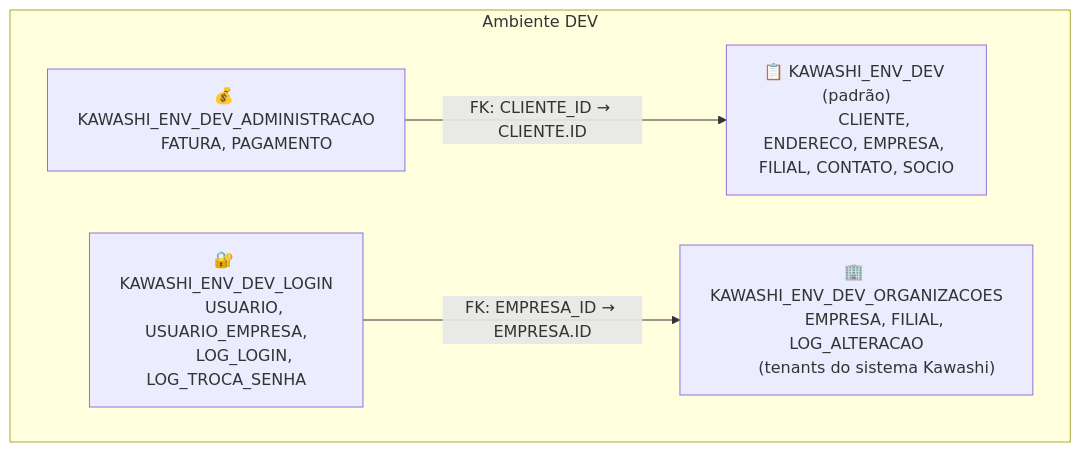
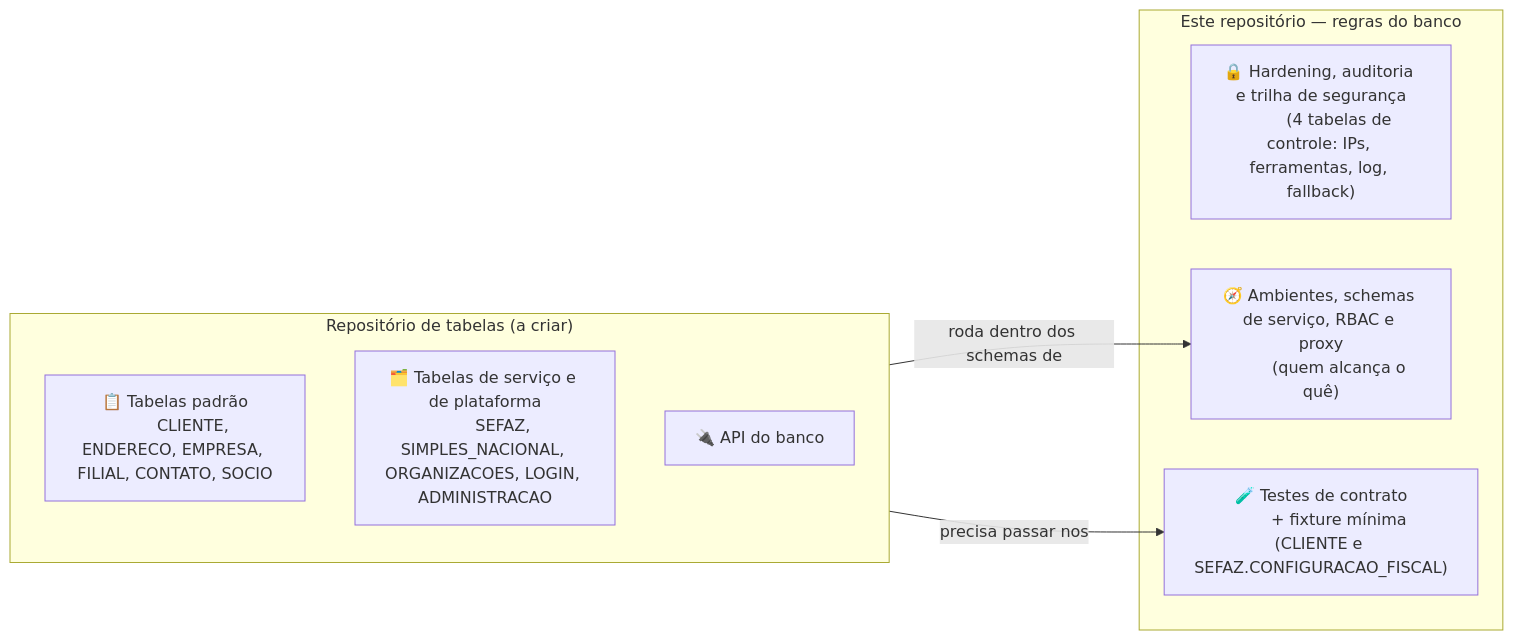
Before and after one commit to caioteixeir4/regras-banco-usp: the fourth of 5 diagrams in infra/docs/arquitetura.md, drawn with Mermaid. The commit also changed other lines of this file and 12 other files, not shown here.

````diff
--- a/infra/docs/arquitetura.md
+++ b/infra/docs/arquitetura.md
@@ -163,18 +164,22 @@
 ```mermaid
-flowchart TB
-    subgraph DEV["Ambiente DEV"]
-        Padrao["📋 KAWASHI_ENV_DEV (padrão)
-        CLIENTE, ENDERECO, EMPRESA, FILIAL, CONTATO, SOCIO"]
-        Org["🏢 KAWASHI_ENV_DEV_ORGANIZACOES
-        EMPRESA, FILIAL, LOG_ALTERACAO
-        (tenants do sistema Kawashi)"]
-        Login["🔐 KAWASHI_ENV_DEV_LOGIN
-        USUARIO, USUARIO_EMPRESA,
-        LOG_LOGIN, LOG_TROCA_SENHA"]
-        Adm["💰 KAWASHI_ENV_DEV_ADMINISTRACAO
-        FATURA, PAGAMENTO"]
+flowchart LR
+    subgraph Regras["Este repositório — regras do banco"]
+        R1["🔒 Hardening, auditoria e trilha de segurança
+        (4 tabelas de controle: IPs, ferramentas, log, fallback)"]
+        R2["🧭 Ambientes, schemas de serviço, RBAC e proxy
+        (quem alcança o quê)"]
+        R3["🧪 Testes de contrato
+        + fixture mínima (CLIENTE e SEFAZ.CONFIGURACAO_FISCAL)"]
     end
 
-    Login -- "FK: EMPRESA_ID → EMPRESA.ID" --> Org
-    Adm -- "FK: CLIENTE_ID → CLIENTE.ID" --> Padrao
+    subgraph Tabelas["Repositório de tabelas (a criar)"]
+        T1["📋 Tabelas padrão
+        CLIENTE, ENDERECO, EMPRESA, FILIAL, CONTATO, SOCIO"]
+        T2["🗂️ Tabelas de serviço e de plataforma
+        SEFAZ, SIMPLES_NACIONAL, ORGANIZACOES, LOGIN, ADMINISTRACAO"]
+        T3["🔌 API do banco"]
+    end
+
+    Tabelas -- "precisa passar nos" --> R3
+    Tabelas -- "roda dentro dos schemas de" --> R2
 ```
````
